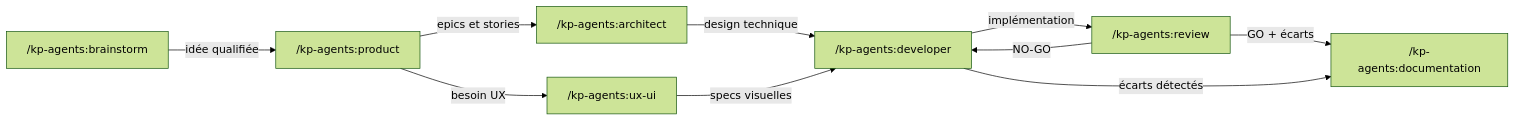
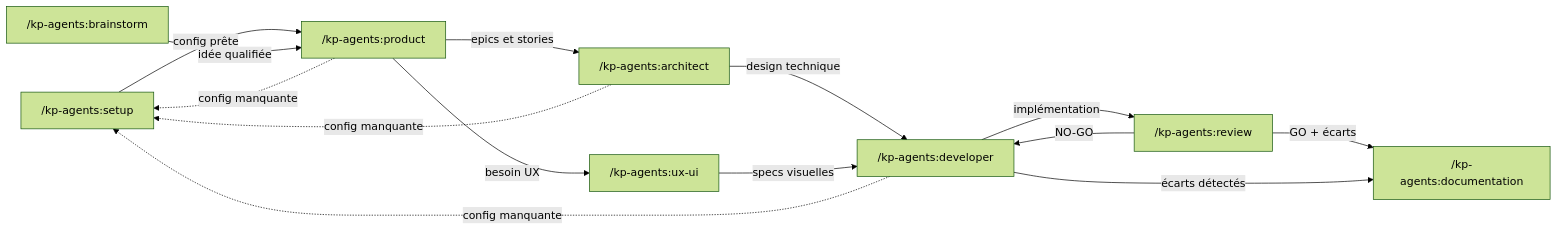
Before and after one commit to KeyProd/kp-agents: the diagram in CLAUDE.md, drawn with Mermaid (forest theme). The commit also changed other lines of this file and 5 other files, not shown here.

````diff
--- a/CLAUDE.md
+++ b/CLAUDE.md
@@ -107,12 +107,16 @@
 ```mermaid
 flowchart LR
-    B["/kp-agents:brainstorm"] -->|idée qualifiée| P["/kp-agents:product"]
+    S["/kp-agents:setup"] -->|config prête| P["/kp-agents:product"]
+    B["/kp-agents:brainstorm"] -->|idée qualifiée| P
     P -->|epics et stories| A["/kp-agents:architect"]
     P -->|besoin UX| UX["/kp-agents:ux-ui"]
     A -->|design technique| D["/kp-agents:developer"]
     UX -->|specs visuelles| D
     D -->|implémentation| R["/kp-agents:review"]
     R -->|NO-GO| D
     R -->|GO + écarts| DOC["/kp-agents:documentation"]
     D -->|écarts détectés| DOC
+    P -. config manquante .-> S
+    A -. config manquante .-> S
+    D -. config manquante .-> S
 ```
````
